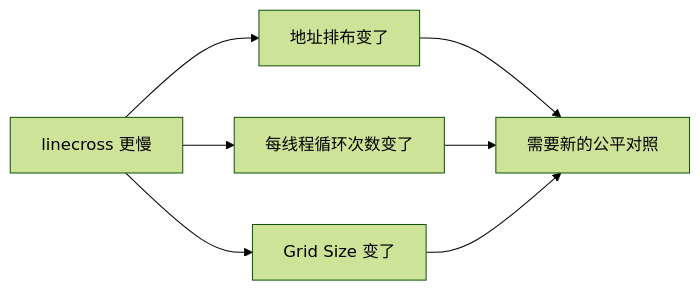
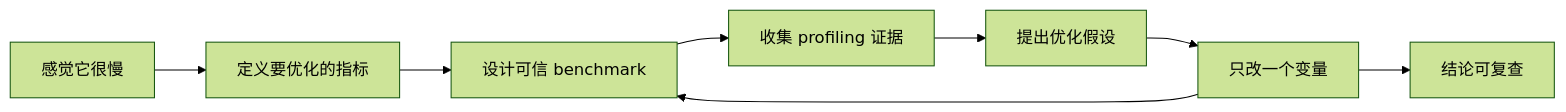
One commit to Weihong-Liu/hello-gpu changed the first of 2 diagrams in docs/part1-profiling/chapter5/index.md. Above: the diagram before and after it, drawn with Mermaid (forest theme). The commit also changed other lines of this file and 133 other files, not shown here.

````diff
--- a/docs/part1-profiling/chapter5/index.md
+++ b/docs/part1-profiling/chapter5/index.md
@@ -208,9 +42,10 @@
 ```mermaid
 flowchart LR
-    A[linecross 更慢] --> B[地址排布变了]
-    A --> C[每线程循环次数变了]
-    A --> D[Grid Size 变了]
-    B --> E[需要新的公平对照]
-    C --> E
-    D --> E
+    A[感觉它很慢] --> B[定义要优化的指标]
+    B --> C[设计可信 benchmark]
+    C --> D[收集 profiling 证据]
+    D --> E[提出优化假设]
+    E --> F[只改一个变量]
+    F --> C
+    F --> G[结论可复查]
 ```
````
